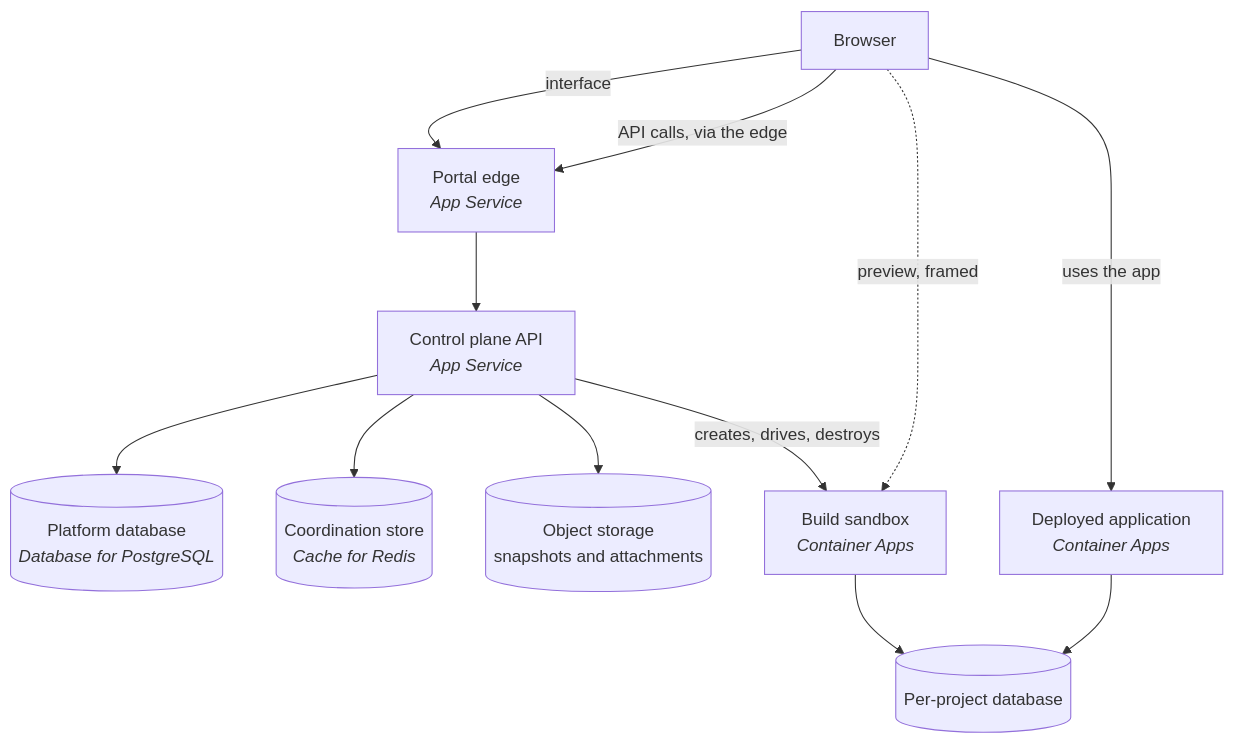
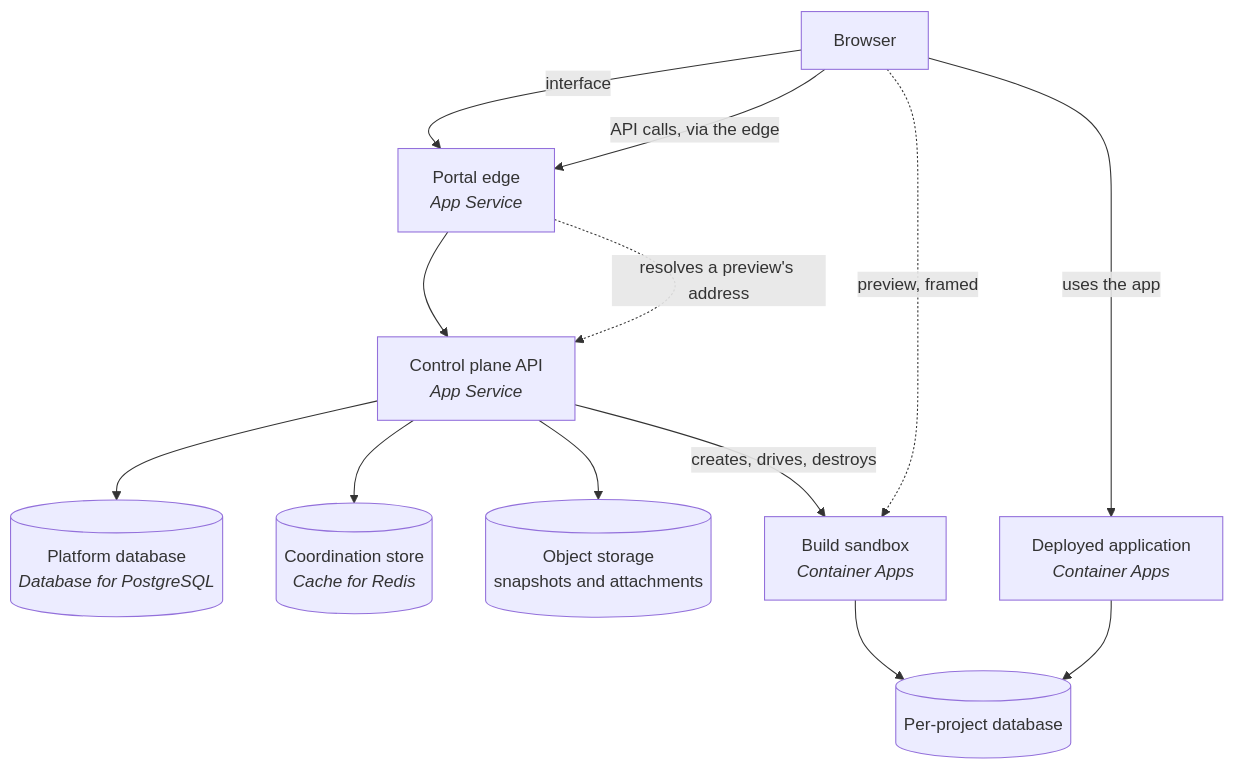
The first of 3 diagrams in documentation/architecture.md (rahulkohli31/bial-cd-active), drawn with Mermaid before and after one commit. The commit also changed other lines of this file and 47 other files, not shown here.

````diff
--- a/documentation/architecture.md
+++ b/documentation/architecture.md
@@ -52,24 +52,25 @@
 ```mermaid
 flowchart TD
   B["Browser"]
   P["Portal edge<br/><i>App Service</i>"]
   A["Control plane API<br/><i>App Service</i>"]
   DB[("Platform database<br/><i>Database for PostgreSQL</i>")]
   R[("Coordination store<br/><i>Cache for Redis</i>")]
   O[("Object storage<br/>snapshots and attachments")]
   S["Build sandbox<br/><i>Container Apps</i>"]
   D["Deployed application<br/><i>Container Apps</i>"]
   AD[("Per-project database")]
 
   B -->|"interface"| P
   B -->|"API calls, via the edge"| P
   P --> A
+  P -.->|"resolves a preview's address"| A
   A --> DB
   A --> R
   A --> O
   A -->|"creates, drives, destroys"| S
   B -.->|"preview, framed"| S
   B -->|"uses the app"| D
   S --> AD
   D --> AD
 ```
````
